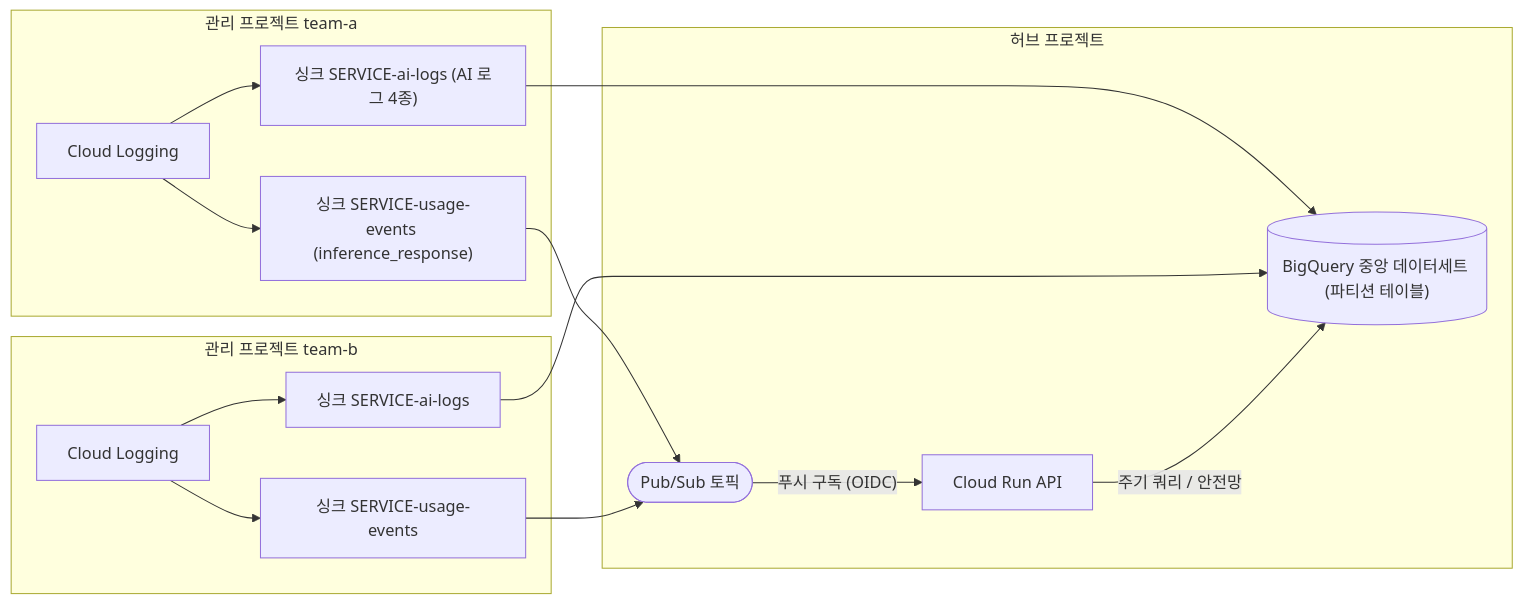
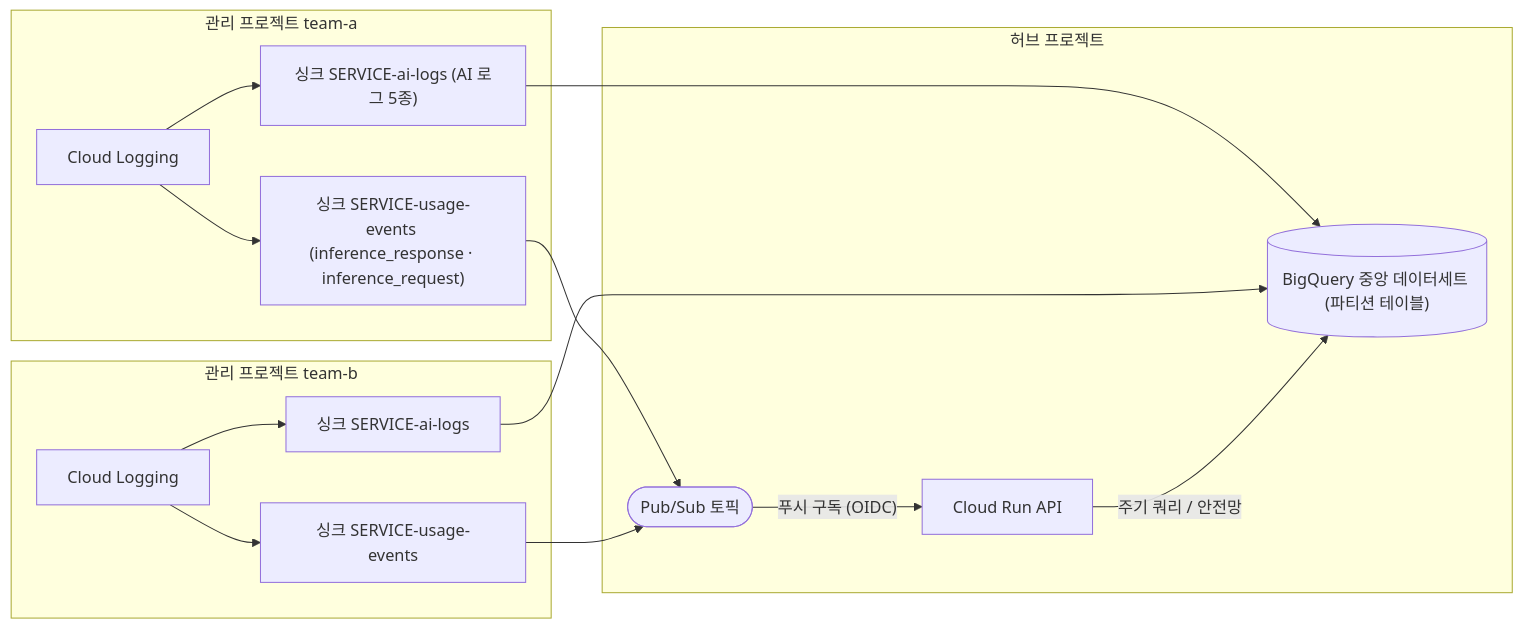
One commit to ldu1225/gcp-ai-usage-caps-api changed the second of 4 diagrams in docs/multi-project-deployment.md. Above: the diagram before and after it, drawn with Mermaid. The commit also changed other lines of this file and 54 other files, not shown here.

````diff
--- a/docs/multi-project-deployment.md
+++ b/docs/multi-project-deployment.md
@@ -72,24 +75,24 @@
 ```mermaid
 flowchart LR
     subgraph A["관리 프로젝트 team-a"]
         LA["Cloud Logging"]
-        SA1["싱크 SERVICE-ai-logs (AI 로그 4종)"]
-        SA2["싱크 SERVICE-usage-events (inference_response)"]
+        SA1["싱크 SERVICE-ai-logs (AI 로그 5종)"]
+        SA2["싱크 SERVICE-usage-events (inference_response · inference_request)"]
     end
     subgraph B["관리 프로젝트 team-b"]
         LB["Cloud Logging"]
         SB1["싱크 SERVICE-ai-logs"]
         SB2["싱크 SERVICE-usage-events"]
     end
     subgraph H["허브 프로젝트"]
         DS[("BigQuery 중앙 데이터세트 (파티션 테이블)")]
         TP(["Pub/Sub 토픽"])
         API["Cloud Run API"]
     end
     LA --> SA1 --> DS
     LA --> SA2 --> TP
     LB --> SB1 --> DS
     LB --> SB2 --> TP
     TP -->|"푸시 구독 (OIDC)"| API
     API -->|"주기 쿼리 / 안전망"| DS
 ```
````
